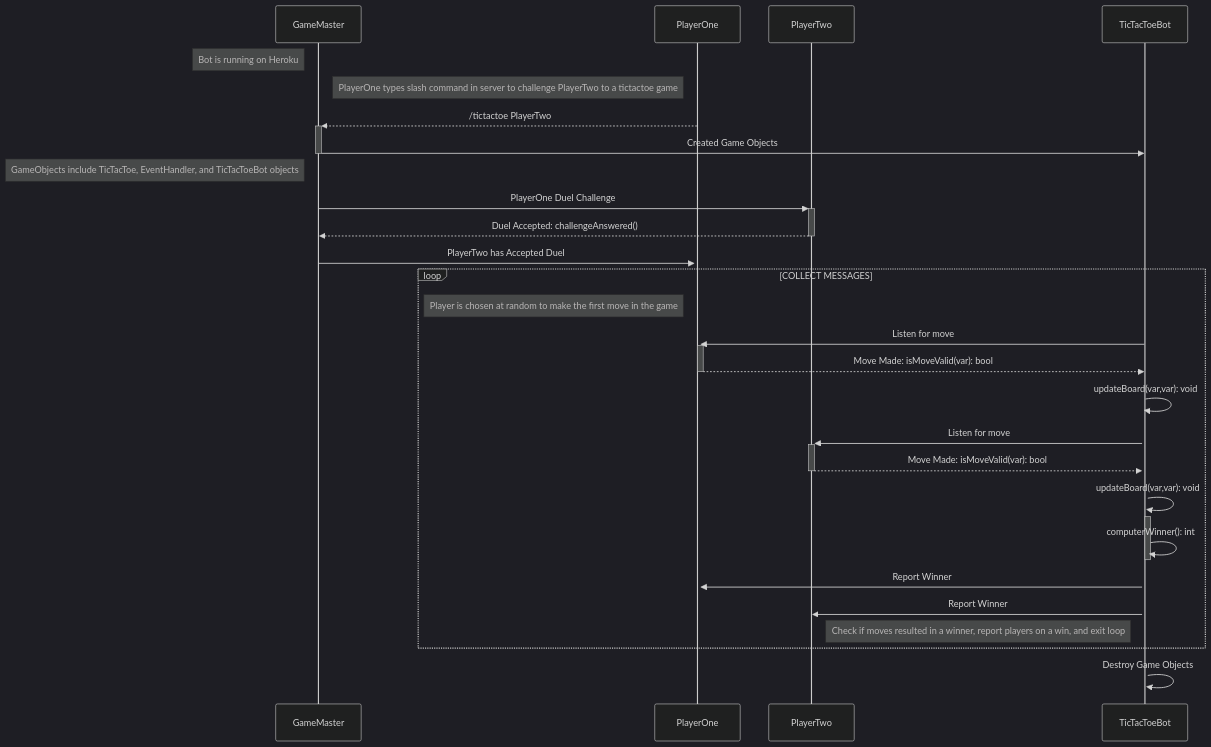
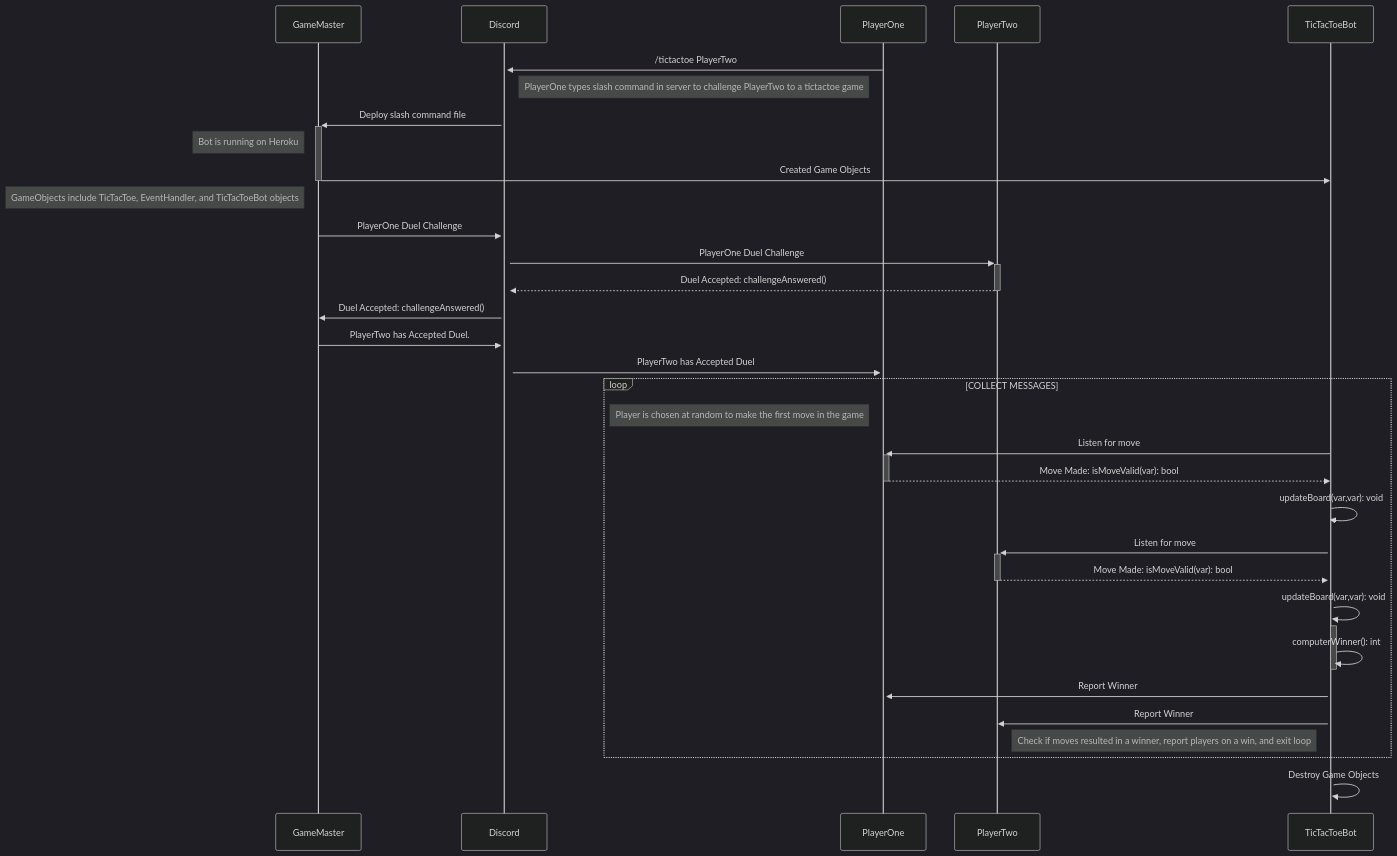
Before and after one commit to cis3296f22/GameMaster: the diagram in Documents/uml_Sequence_AcceptedDuel.md, drawn with Mermaid (dark theme).

````diff
--- a/Documents/uml_Sequence_AcceptedDuel.md
+++ b/Documents/uml_Sequence_AcceptedDuel.md
@@ -2,31 +2,36 @@
 ```mermaid
 sequenceDiagram
   
     participant GameMaster as GameMaster
+    participant Discord as Discord
     participant PlayerOne as PlayerOne
     participant PlayerTwo as PlayerTwo
     participant TicTacToeBot as TicTacToeBot
     
+    PlayerOne->>+Discord: /tictactoe PlayerTwo
+    Note left of PlayerOne: PlayerOne types slash command in server to challenge PlayerTwo to a tictactoe game
+    Discord->>+GameMaster: Deploy slash command file
     Note left of GameMaster: Bot is running on Heroku
-    Note left of PlayerOne: PlayerOne types slash command in server to challenge PlayerTwo to a tictactoe game
-    PlayerOne-->>+GameMaster: /tictactoe PlayerTwo
     GameMaster->>-TicTacToeBot: Created Game Objects
     Note left of GameMaster: GameObjects include TicTacToe, EventHandler, and TicTacToeBot objects
-    GameMaster->>+PlayerTwo: PlayerOne Duel Challenge
-    PlayerTwo-->>-GameMaster: Duel Accepted: challengeAnswered()
-    GameMaster->>+PlayerOne: PlayerTwo has Accepted Duel
+    GameMaster->>+Discord: PlayerOne Duel Challenge
+    Discord->>+PlayerTwo: PlayerOne Duel Challenge
+    PlayerTwo-->>-Discord: Duel Accepted: challengeAnswered()
+    Discord->>GameMaster: Duel Accepted: challengeAnswered()
+    GameMaster->>+Discord: PlayerTwo has Accepted Duel.
+    Discord->>+PlayerOne: PlayerTwo has Accepted Duel
     loop COLLECT MESSAGES
     Note left of PlayerOne: Player is chosen at random to make the first move in the game
     TicTacToeBot->>+PlayerOne: Listen for move
     PlayerOne-->>-TicTacToeBot: Move Made: isMoveValid(var): bool
     TicTacToeBot->>+TicTacToeBot: updateBoard(var,var): void
     TicTacToeBot->>+PlayerTwo: Listen for move
     PlayerTwo-->>-TicTacToeBot: Move Made: isMoveValid(var): bool
     TicTacToeBot->>+TicTacToeBot: updateBoard(var,var): void
     TicTacToeBot->>-TicTacToeBot: computerWinner(): int
     TicTacToeBot->>PlayerOne: Report Winner
     TicTacToeBot->>PlayerTwo: Report Winner
     Note left of TicTacToeBot: Check if moves resulted in a winner, report players on a win, and exit loop
     end
     TicTacToeBot->>TicTacToeBot: Destroy Game Objects
 ```
````
